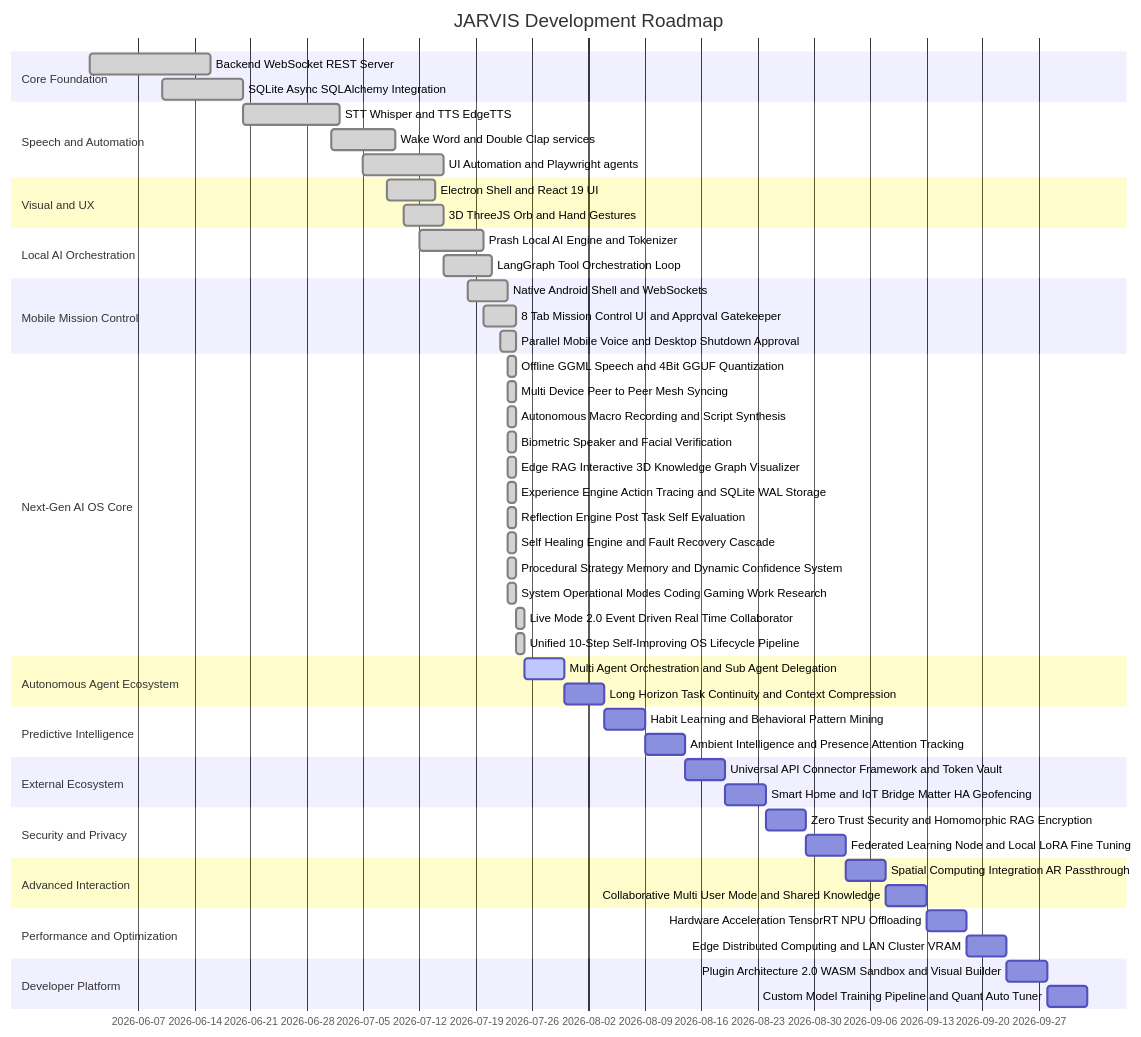
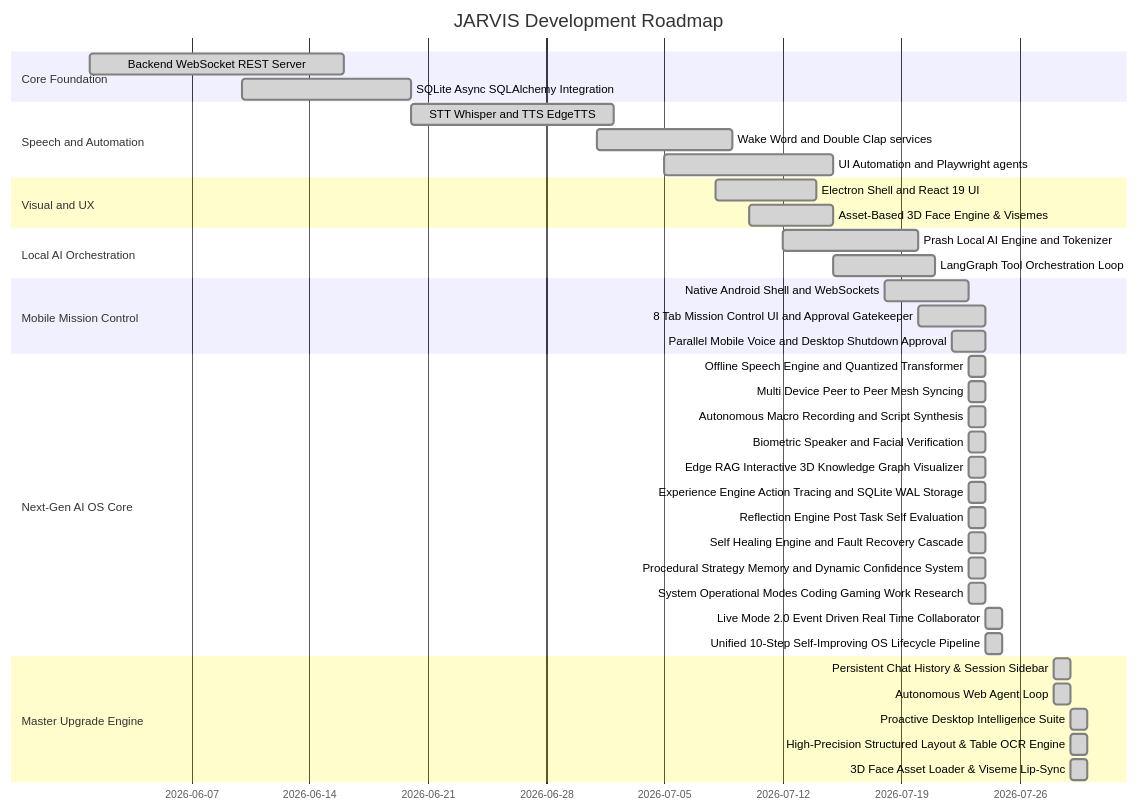
Before and after one commit to Ashrit-Raghupatruni/JARVIS: the diagram in documentations/uptodate.md, drawn with Mermaid. The commit also changed other lines of this file and 61 other files, not shown here.

Commit message:
feat: production asset-based 3D face engine, UI dropdown consolidation, 70/30 resizable panel splitter & documentation suite

````diff
--- a/documentations/uptodate.md
+++ b/documentations/uptodate.md
@@ -9,56 +9,41 @@
 ```mermaid
 gantt
     title JARVIS Development Roadmap
     dateFormat YYYY-MM-DD
     section Core Foundation
     Backend WebSocket REST Server :done, t1_1, 2026-06-01, 15d
     SQLite Async SQLAlchemy Integration :done, t1_2, 2026-06-10, 10d
     section Speech and Automation
     STT Whisper and TTS EdgeTTS :done, t2_1, 2026-06-20, 12d
     Wake Word and Double Clap services :done, t2_2, 2026-07-01, 8d
     UI Automation and Playwright agents :done, t2_3, 2026-07-05, 10d
     section Visual and UX
     Electron Shell and React 19 UI :done, t3_1, 2026-07-08, 6d
-    3D ThreeJS Orb and Hand Gestures :done, t3_2, 2026-07-10, 5d
+    Asset-Based 3D Face Engine & Visemes :done, t3_2, 2026-07-10, 5d
     section Local AI Orchestration
     Prash Local AI Engine and Tokenizer :done, t4_1, 2026-07-12, 8d
     LangGraph Tool Orchestration Loop :done, t4_2, 2026-07-15, 6d
     section Mobile Mission Control
     Native Android Shell and WebSockets :done, t5_1, 2026-07-18, 5d
     8 Tab Mission Control UI and Approval Gatekeeper :done, t5_2, 2026-07-20, 4d
     Parallel Mobile Voice and Desktop Shutdown Approval :done, t5_3, 2026-07-22, 2d
     section Next-Gen AI OS Core
-    Offline GGML Speech and 4Bit GGUF Quantization :done, t6_1, 2026-07-23, 1d
+    Offline Speech Engine and Quantized Transformer :done, t6_1, 2026-07-23, 1d
     Multi Device Peer to Peer Mesh Syncing :done, t6_2, 2026-07-23, 1d
     Autonomous Macro Recording and Script Synthesis :done, t6_3, 2026-07-23, 1d
     Biometric Speaker and Facial Verification :done, t6_4, 2026-07-23, 1d
     Edge RAG Interactive 3D Knowledge Graph Visualizer :done, t6_5, 2026-07-23, 1d
     Experience Engine Action Tracing and SQLite WAL Storage :done, t6_6, 2026-07-23, 1d
     Reflection Engine Post Task Self Evaluation :done, t6_7, 2026-07-23, 1d
     Self Healing Engine and Fault Recovery Cascade :done, t6_8, 2026-07-23, 1d
     Procedural Strategy Memory and Dynamic Confidence System :done, t6_9, 2026-07-23, 1d
     System Operational Modes Coding Gaming Work Research :done, t6_10, 2026-07-23, 1d
     Live Mode 2.0 Event Driven Real Time Collaborator :done, t6_11, 2026-07-24, 1d
     Unified 10-Step Self-Improving OS Lifecycle Pipeline :done, t6_12, 2026-07-24, 1d
-    section Autonomous Agent Ecosystem
-    Multi Agent Orchestration and Sub Agent Delegation :active, t7_1, 2026-07-25, 5d
-    Long Horizon Task Continuity and Context Compression :t7_2, 2026-07-30, 5d
-    section Predictive Intelligence
-    Habit Learning and Behavioral Pattern Mining :t8_1, 2026-08-04, 5d
-    Ambient Intelligence and Presence Attention Tracking :t8_2, 2026-08-09, 5d
-    section External Ecosystem
-    Universal API Connector Framework and Token Vault :t9_1, 2026-08-14, 5d
-    Smart Home and IoT Bridge Matter HA Geofencing :t9_2, 2026-08-19, 5d
-    section Security and Privacy
-    Zero Trust Security and Homomorphic RAG Encryption :t10_1, 2026-08-24, 5d
-    Federated Learning Node and Local LoRA Fine Tuning :t10_2, 2026-08-29, 5d
-    section Advanced Interaction
-    Spatial Computing Integration AR Passthrough :t11_1, 2026-09-03, 5d
-    Collaborative Multi User Mode and Shared Knowledge :t11_2, 2026-09-08, 5d
-    section Performance and Optimization
-    Hardware Acceleration TensorRT NPU Offloading :t12_1, 2026-09-13, 5d
-    Edge Distributed Computing and LAN Cluster VRAM :t12_2, 2026-09-18, 5d
-    section Developer Platform
-    Plugin Architecture 2.0 WASM Sandbox and Visual Builder :t13_1, 2026-09-23, 5d
-    Custom Model Training Pipeline and Quant Auto Tuner :t13_2, 2026-09-28, 5d
+    section Master Upgrade Engine
+    Persistent Chat History & Session Sidebar :done, t7_1, 2026-07-28, 1d
+    Autonomous Web Agent Loop :done, t7_2, 2026-07-28, 1d
+    Proactive Desktop Intelligence Suite :done, t7_3, 2026-07-29, 1d
+    High-Precision Structured Layout & Table OCR Engine :done, t7_4, 2026-07-29, 1d
+    3D Face Asset Loader & Viseme Lip-Sync :done, t7_5, 2026-07-29, 1d
 ```
````
